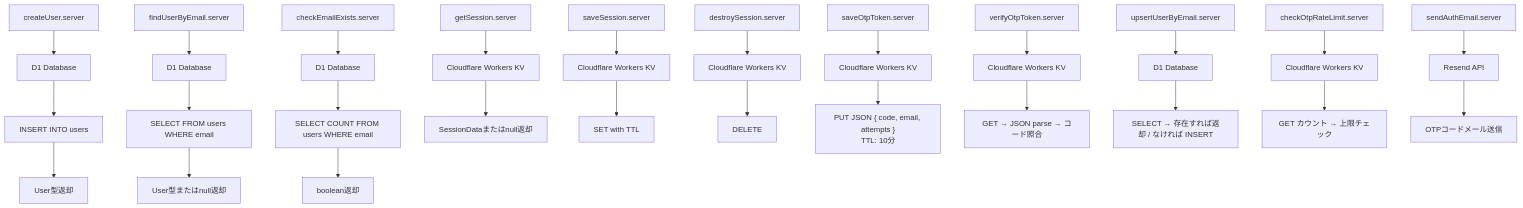
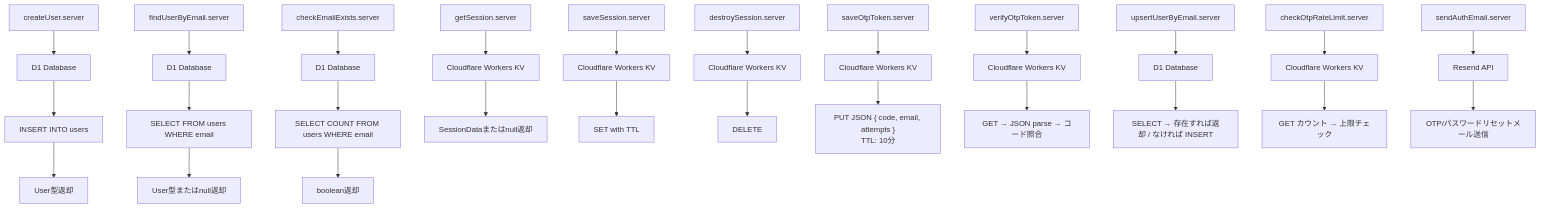
Before and after one commit to tezuka-Akihiro/ClaudeMix: the ninth of 18 diagrams in develop/account/authentication/data-flow-diagram.md, drawn with Mermaid. The commit also changed other lines of this file and 7 other files, not shown here.

````diff
--- a/develop/account/authentication/data-flow-diagram.md
+++ b/develop/account/authentication/data-flow-diagram.md
@@ -505,38 +505,38 @@
 ```mermaid
 graph TD
     A[createUser.server] --> B[D1 Database]
     B --> C[INSERT INTO users]
     C --> D[User型返却]
 
     E[findUserByEmail.server] --> F[D1 Database]
     F --> G[SELECT FROM users WHERE email]
     G --> H[User型またはnull返却]
 
     I[checkEmailExists.server] --> J[D1 Database]
     J --> K[SELECT COUNT FROM users WHERE email]
     K --> L[boolean返却]
 
     M[getSession.server] --> N[Cloudflare Workers KV]
     N --> O[SessionDataまたはnull返却]
 
     P[saveSession.server] --> Q[Cloudflare Workers KV]
     Q --> R[SET with TTL]
 
     S[destroySession.server] --> T[Cloudflare Workers KV]
     T --> U[DELETE]
 
     V[saveOtpToken.server] --> W[Cloudflare Workers KV]
     W --> X["PUT JSON { code, email, attempts }<br/>TTL: 10分"]
 
     Y[verifyOtpToken.server] --> Z[Cloudflare Workers KV]
     Z --> AA["GET → JSON parse → コード照合"]
 
     BB[upsertUserByEmail.server] --> CC[D1 Database]
     CC --> DD["SELECT → 存在すれば返却 / なければ INSERT"]
 
     EE[checkOtpRateLimit.server] --> FF[Cloudflare Workers KV]
     FF --> GG["GET カウント → 上限チェック"]
 
     HH[sendAuthEmail.server] --> II[Resend API]
-    II --> JJ["OTPコードメール送信"]
+    II --> JJ["OTP/パスワードリセットメール送信"]
 ```
````
